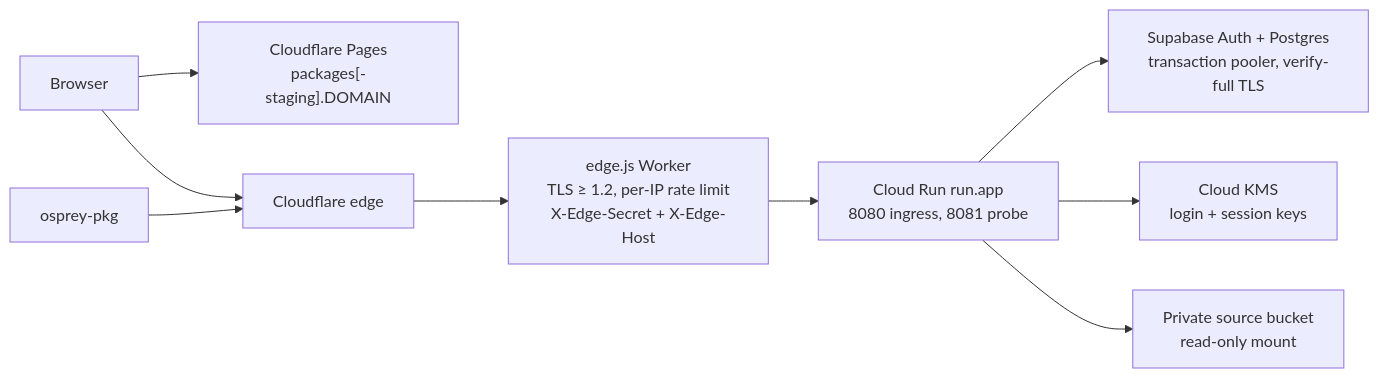
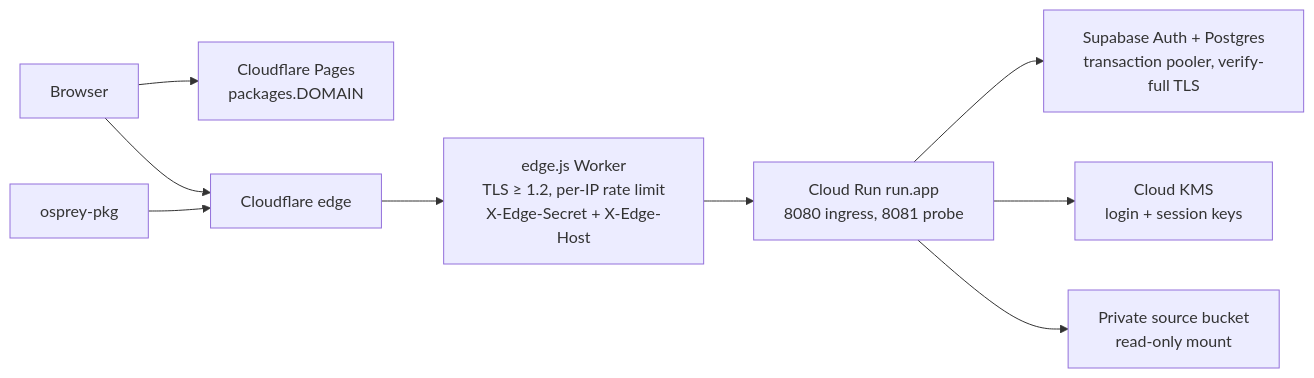
The diagram in src/manager/ops/README.md (Nimblesite/osprey-packages), drawn with Mermaid before and after one commit. The commit also changed other lines of this file and 6 other files, not shown here.

````diff
--- a/src/manager/ops/README.md
+++ b/src/manager/ops/README.md
@@ -5,11 +5,11 @@
 ```mermaid
 flowchart LR
-    Browser --> Pages["Cloudflare Pages<br/>packages[-staging].DOMAIN"]
+    Browser --> Pages["Cloudflare Pages<br/>packages.DOMAIN"]
     Browser --> Edge
     CLI["osprey-pkg"] --> Edge["Cloudflare edge"]
     Edge --> Worker["edge.js Worker<br/>TLS ≥ 1.2, per-IP rate limit<br/>X-Edge-Secret + X-Edge-Host"]
     Worker --> Run["Cloud Run run.app<br/>8080 ingress, 8081 probe"]
     Run --> Supabase["Supabase Auth + Postgres<br/>transaction pooler, verify-full TLS"]
     Run --> KMS["Cloud KMS<br/>login + session keys"]
     Run --> GCS["Private source bucket<br/>read-only mount"]
 ```
````
